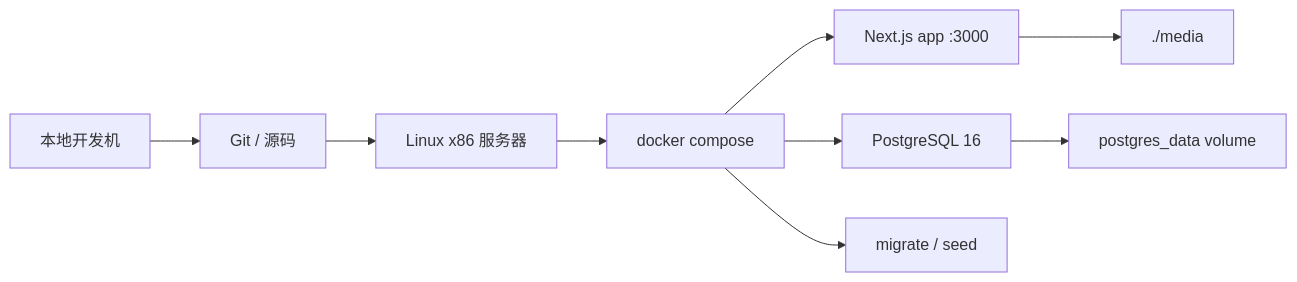
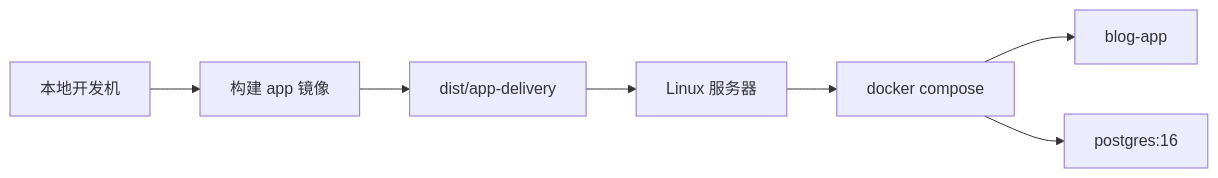
The diagram in docs/docker-build-and-release-guide.md (duobaobox/blog-01), drawn with Mermaid before and after one commit. The commit also changed other lines of this file and 32 other files, not shown here.

Commit message:
chore: simplify release docs and admin bootstrap flow

````diff
--- a/docs/docker-build-and-release-guide.md
+++ b/docs/docker-build-and-release-guide.md
@@ -11,11 +10,9 @@
 ```mermaid
 flowchart LR
-  Dev["本地开发机"] --> Repo["Git / 源码"]
-  Repo --> Server["Linux x86 服务器"]
+  Dev["本地开发机"] --> Build["构建 app 镜像"]
+  Build --> Bundle["dist/app-delivery"]
+  Bundle --> Server["Linux 服务器"]
   Server --> Compose["docker compose"]
-  Compose --> App["Next.js app :3000"]
-  Compose --> DB["PostgreSQL 16"]
-  Compose --> Tools["migrate / seed"]
-  App --> Media["./media"]
-  DB --> PgData["postgres_data volume"]
+  Compose --> App["blog-app"]
+  Compose --> DB["postgres:16"]
 ```
````
